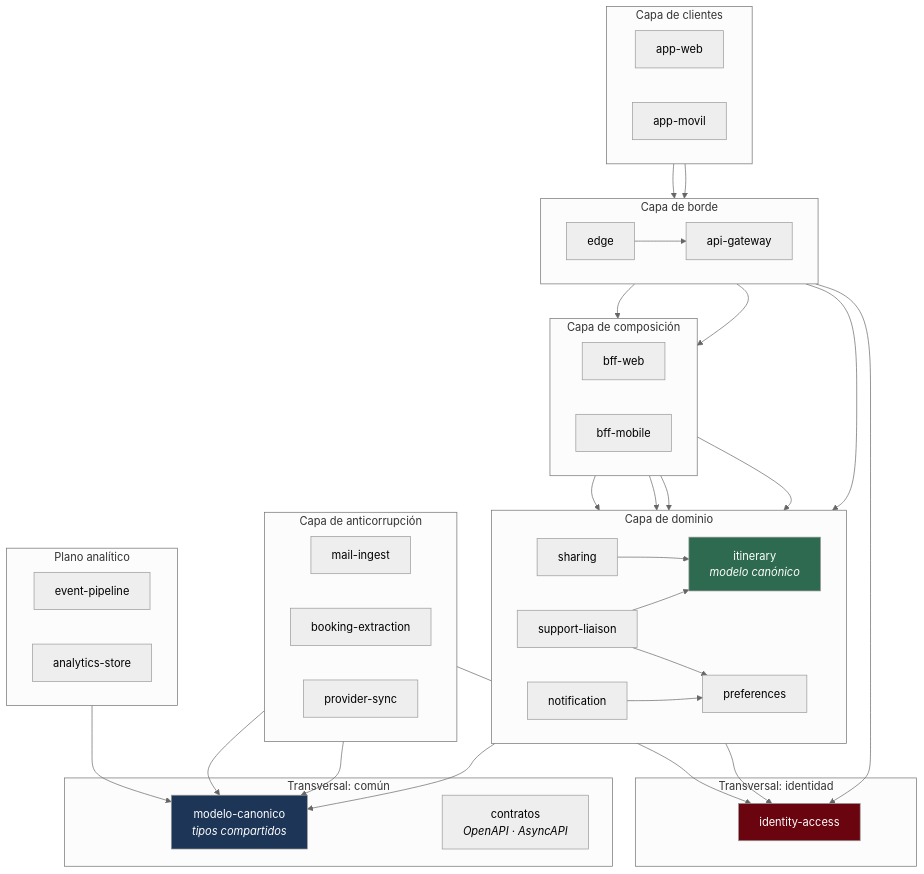
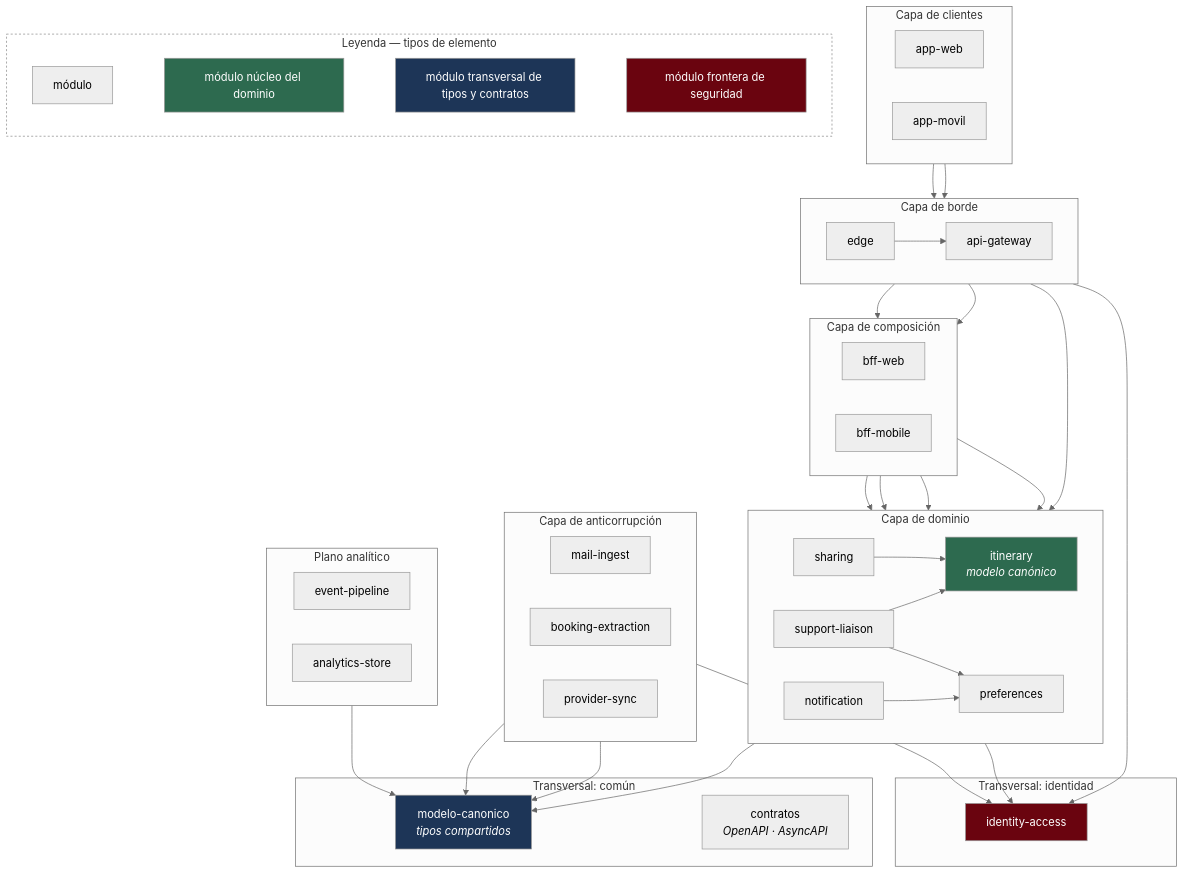
The diagram in docs/04-vistas/vista-modulos-nivel-1.md (JereAguilar1/TPE-ing1), drawn with Mermaid (neutral theme) before and after one commit. The commit also changed other lines of this file and 50 other files, not shown here.

````diff
--- a/docs/04-vistas/vista-modulos-nivel-1.md
+++ b/docs/04-vistas/vista-modulos-nivel-1.md
@@ -83,4 +83,17 @@
     style ITIN fill:#2d6a4f,color:#fff
     style CANON fill:#1d3557,color:#fff
     style IDA fill:#6a040f,color:#fff
+
+    subgraph LEYENDA["Leyenda — tipos de elemento"]
+        direction LR
+        LEY_MOD["módulo"]
+        LEY_NUC["módulo núcleo del dominio"]
+        LEY_COM["módulo transversal de tipos y contratos"]
+        LEY_SEG["módulo frontera de seguridad"]
+        LEY_MOD ~~~ LEY_NUC ~~~ LEY_COM ~~~ LEY_SEG
+    end
+    style LEY_NUC fill:#2d6a4f,color:#fff
+    style LEY_COM fill:#1d3557,color:#fff
+    style LEY_SEG fill:#6a040f,color:#fff
+    style LEYENDA fill:#ffffff,stroke:#888,stroke-dasharray: 3 3
 ```
````
